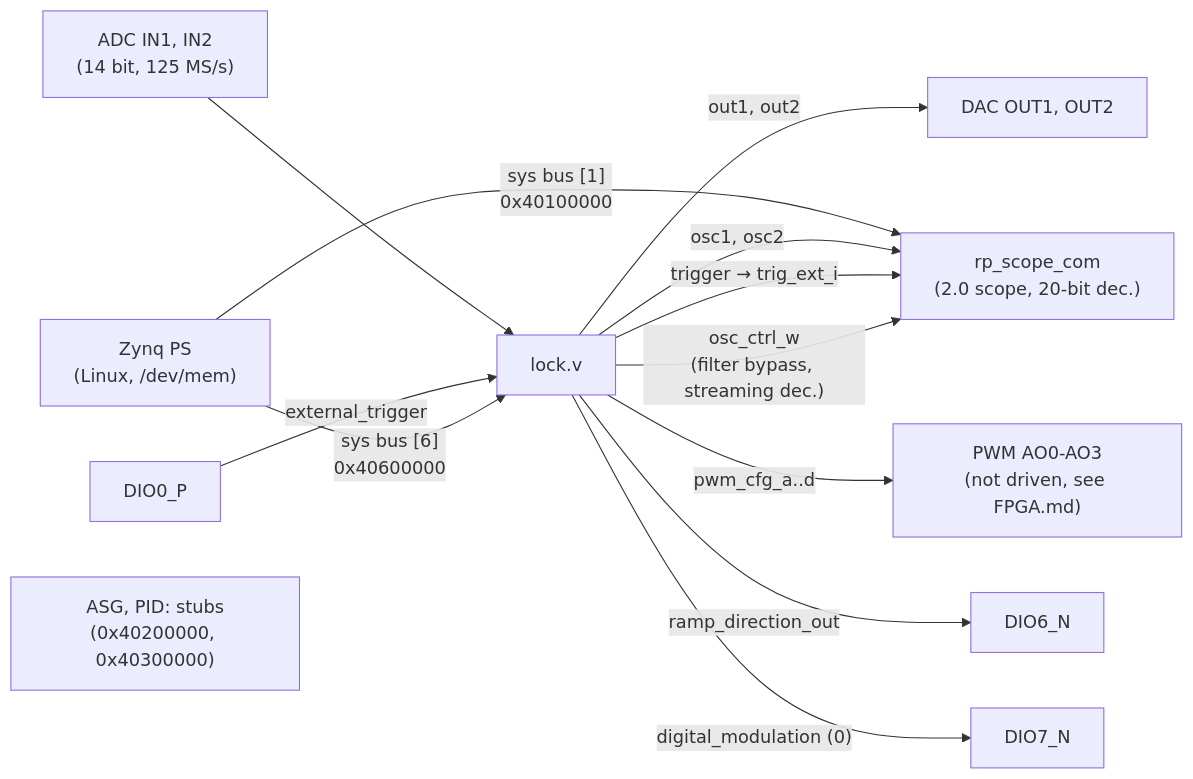
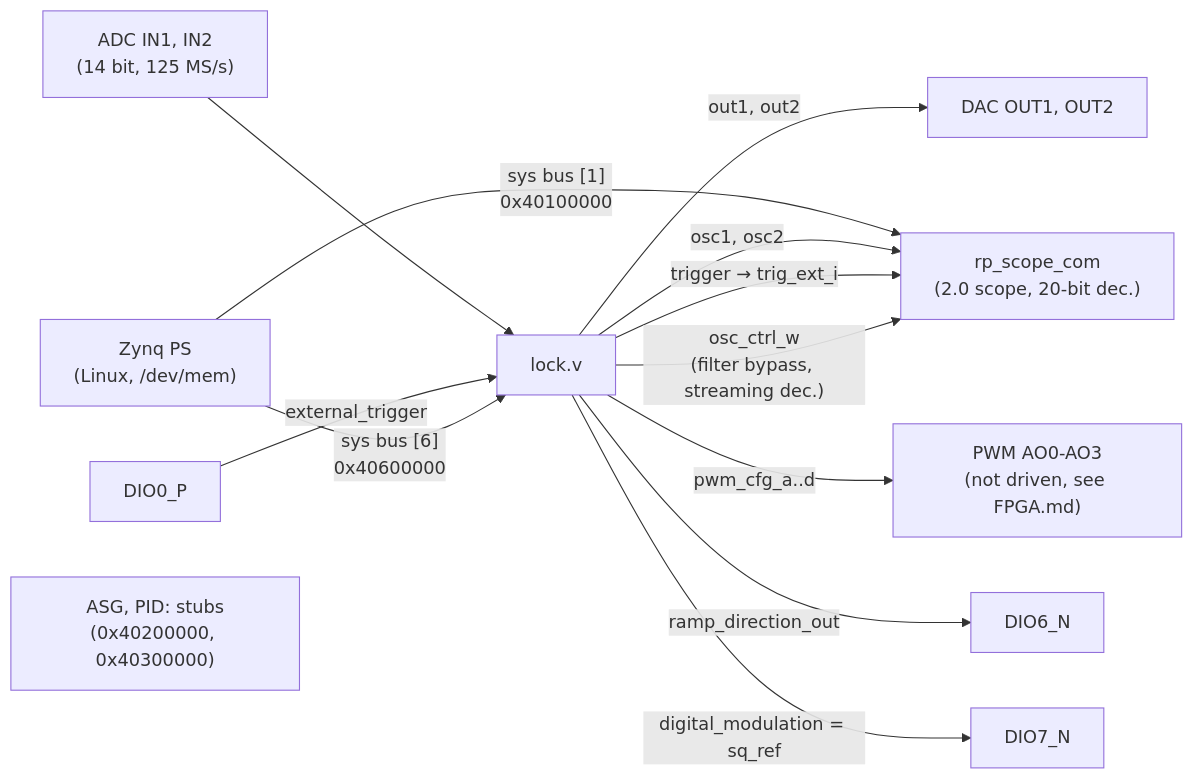
Before and after one commit to marceluda/rp_lock-in_pid_sq: the third of 6 diagrams in doc/Structure.md, drawn with Mermaid. The commit also changed other lines of this file and 17 other files, not shown here.

````diff
--- a/doc/Structure.md
+++ b/doc/Structure.md
@@ -135,15 +138,15 @@
 ```mermaid
 flowchart LR
   ADC["ADC IN1, IN2<br/>(14 bit, 125 MS/s)"] --> LOCK
   DIO0["DIO0_P"] -- external_trigger --> LOCK
   PS["Zynq PS<br/>(Linux, /dev/mem)"] -- "sys bus [6]<br/>0x40600000" --> LOCK["lock.v"]
   PS -- "sys bus [1]<br/>0x40100000" --> SCOPE["rp_scope_com<br/>(2.0 scope, 20-bit dec.)"]
   LOCK -- "out1, out2" --> DAC["DAC OUT1, OUT2"]
   LOCK -- "osc1, osc2" --> SCOPE
   LOCK -- "trigger → trig_ext_i" --> SCOPE
   LOCK -- "osc_ctrl_w<br/>(filter bypass, streaming dec.)" --> SCOPE
   LOCK -- "pwm_cfg_a..d" --> PWM["PWM AO0-AO3<br/>(not driven, see FPGA.md)"]
   LOCK -- "ramp_direction_out" --> DIO6["DIO6_N"]
-  LOCK -- "digital_modulation (0)" --> DIO7["DIO7_N"]
+  LOCK -- "digital_modulation = sq_ref" --> DIO7["DIO7_N"]
   STUB["ASG, PID: stubs<br/>(0x40200000, 0x40300000)"]
 ```
````
